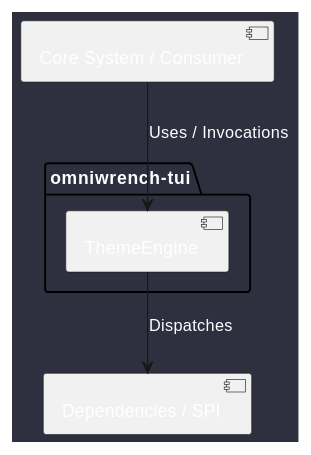
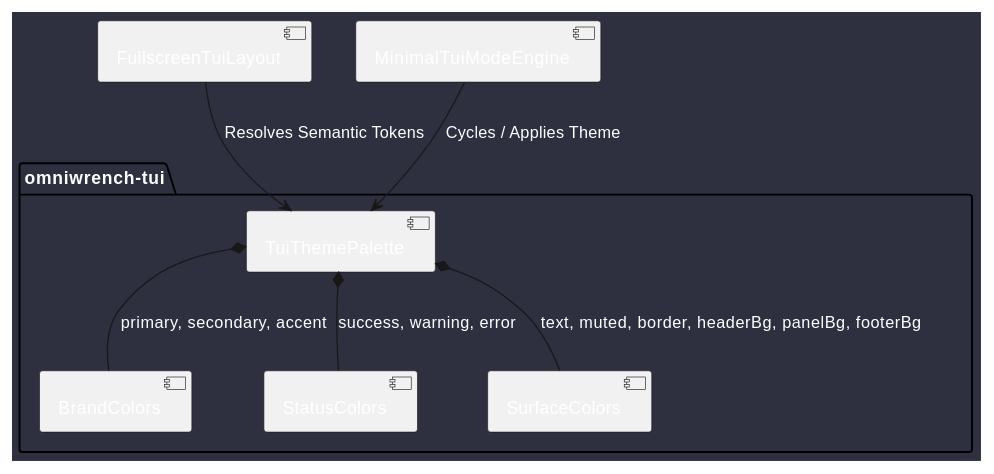
One commit to mlecabellec/omniwrench changed the diagram in doc/docs/architecture/components/ThemeEngine.md. Above: the diagram before and after it, drawn with PlantUML. The commit also changed other lines of this file and 47 other files, not shown here.

````diff
--- a/doc/docs/architecture/components/ThemeEngine.md
+++ b/doc/docs/architecture/components/ThemeEngine.md
@@ -19,14 +19,20 @@
 ```plantuml
 @startuml
 skinparam backgroundColor #2e303f
 skinparam defaultFontColor #ffffff
 skinparam componentStyle uml2
 
 package "omniwrench-tui" {
-  [ThemeEngine] as COMP
+  [TuiThemePalette] as COMP
+  [BrandColors] as BRAND
+  [StatusColors] as STATUS
+  [SurfaceColors] as SURFACE
 }
 
-[Core System / Consumer] --> COMP : Uses / Invocations
-COMP --> [Dependencies / SPI] : Dispatches
+[FullscreenTuiLayout] --> COMP : Resolves Semantic Tokens
+[MinimalTuiModeEngine] --> COMP : Cycles / Applies Theme
+COMP *-- BRAND : primary, secondary, accent
+COMP *-- STATUS : success, warning, error
+COMP *-- SURFACE : text, muted, border, headerBg, panelBg, footerBg
 @enduml
 ```
````
